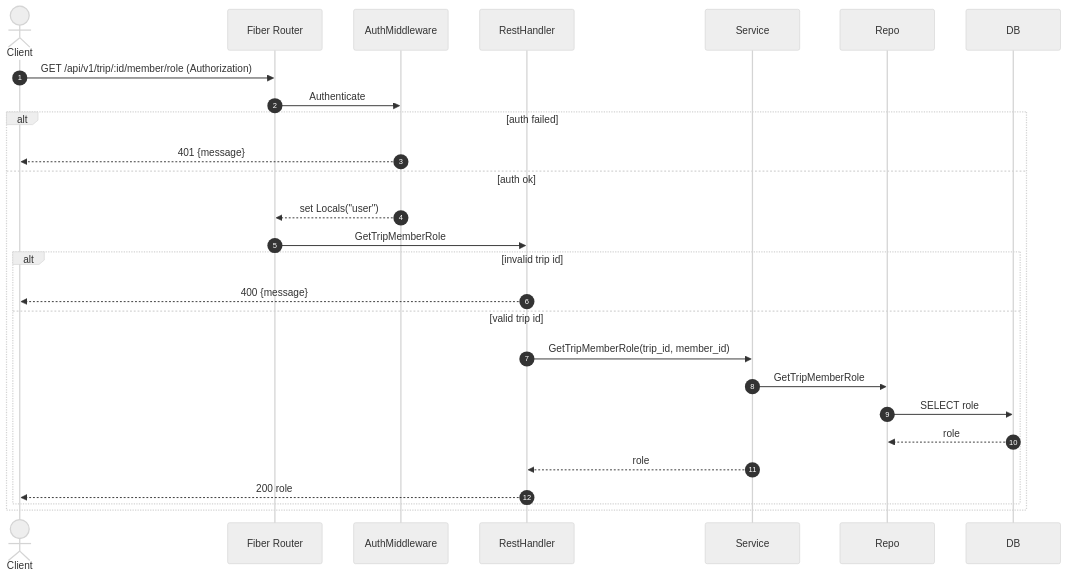
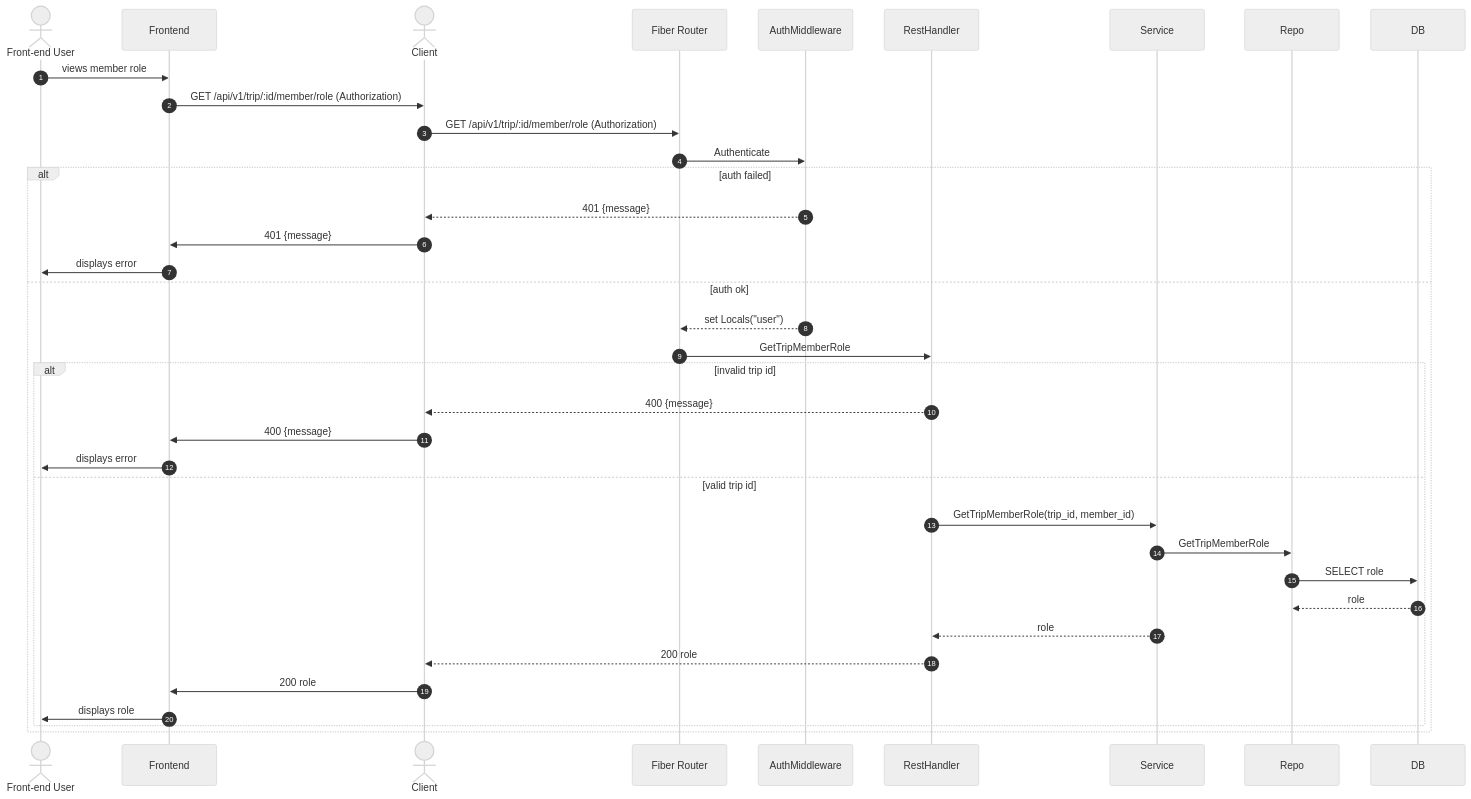
One commit to kritpi/499-senior-project-trip-service changed the diagram in diagram/rest_get_api_v1_trip_id_member_role.mmd. Above: the diagram before and after it, drawn with Mermaid (neutral theme). The commit also changed 16 other files, not shown here.

Commit message:
docs: update sequence diagrams with frontend interactions (commit with Antigravity)

```diff
--- a/diagram/rest_get_api_v1_trip_id_member_role.mmd
+++ b/diagram/rest_get_api_v1_trip_id_member_role.mmd
@@ -1,28 +1,38 @@
 sequenceDiagram
     autonumber
+    actor User as Front-end User
+    participant Frontend
     actor Client
     participant Fiber as Fiber Router
     participant Auth as AuthMiddleware
     participant Handler as RestHandler
     participant Service
     participant Repo
     participant DB
 
+    User->>Frontend: views member role
+    Frontend->>Client: GET /api/v1/trip/:id/member/role (Authorization)
     Client->>Fiber: GET /api/v1/trip/:id/member/role (Authorization)
     Fiber->>Auth: Authenticate
     alt auth failed
         Auth-->>Client: 401 {message}
+        Client->>Frontend: 401 {message}
+        Frontend->>User: displays error
     else auth ok
         Auth-->>Fiber: set Locals("user")
         Fiber->>Handler: GetTripMemberRole
         alt invalid trip id
             Handler-->>Client: 400 {message}
+            Client->>Frontend: 400 {message}
+            Frontend->>User: displays error
         else valid trip id
             Handler->>Service: GetTripMemberRole(trip_id, member_id)
             Service->>Repo: GetTripMemberRole
             Repo->>DB: SELECT role
             DB-->>Repo: role
             Service-->>Handler: role
             Handler-->>Client: 200 role
+            Client->>Frontend: 200 role
+            Frontend->>User: displays role
         end
     end
```
